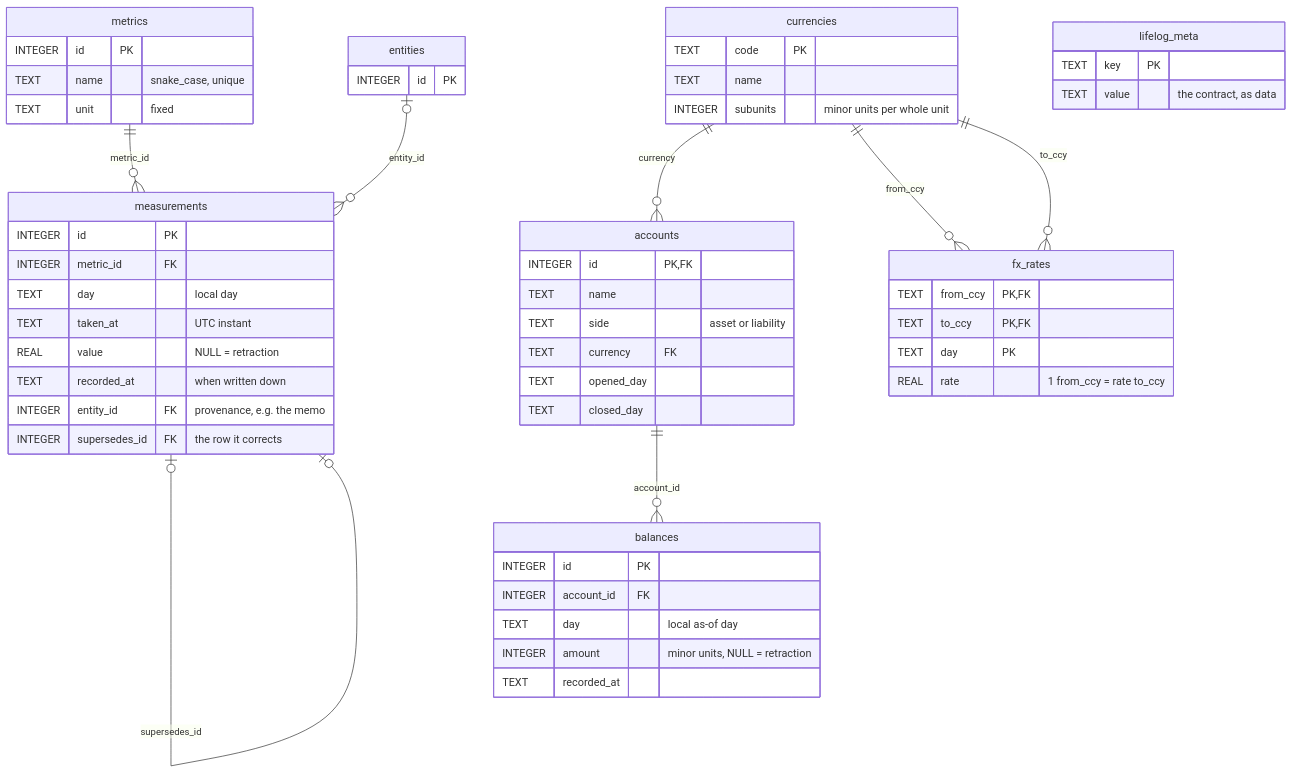
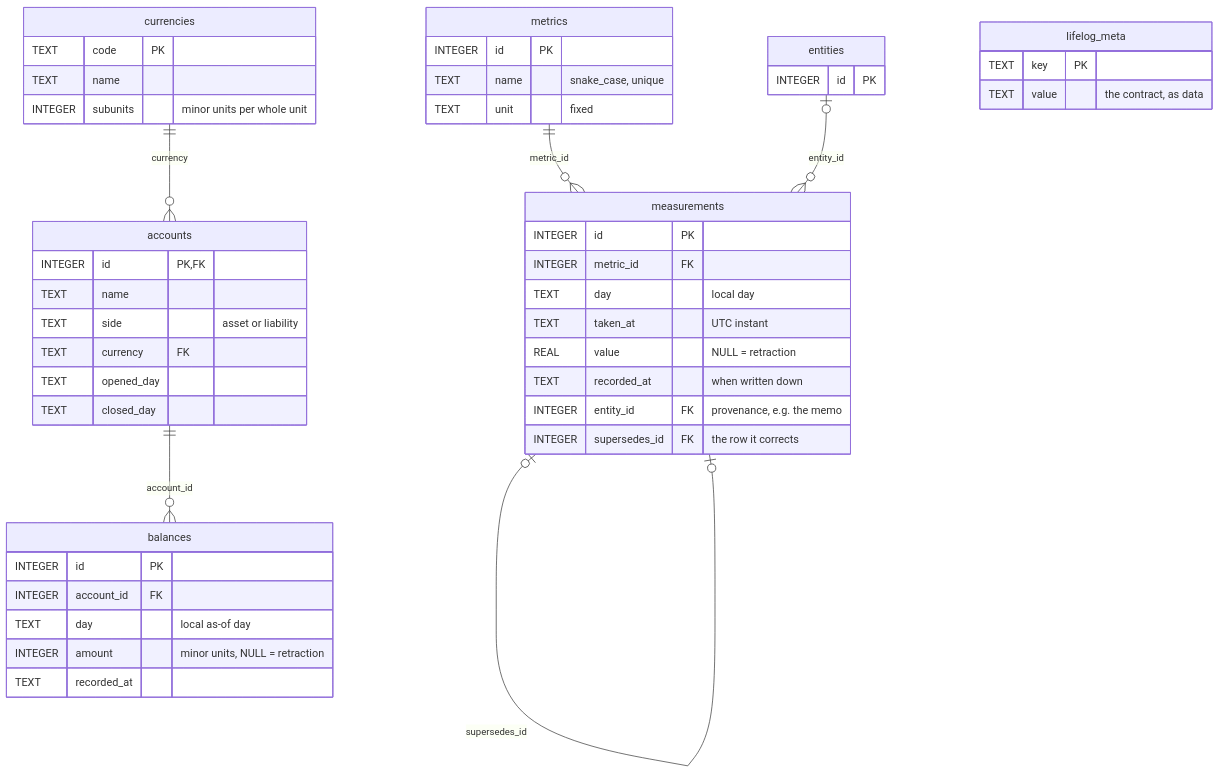
The fifth of 9 diagrams in SCHEMA.md (alexradunet/lifelogdb), drawn with Mermaid before and after one commit. The commit also changed other lines of this file and 13 other files, not shown here.

````diff
--- a/SCHEMA.md
+++ b/SCHEMA.md
@@ -1267,60 +1251,52 @@
 ```mermaid
 %% diagram: er-facts
 erDiagram
     metrics     ||--o{ measurements : "metric_id"
     entities    |o--o{ measurements : "entity_id"
     measurements |o--o| measurements : "supersedes_id"
     accounts    ||--o{ balances     : "account_id"
     currencies  ||--o{ accounts     : "currency"
-    currencies  ||--o{ fx_rates     : "from_ccy"
-    currencies  ||--o{ fx_rates     : "to_ccy"
 
     metrics {
         INTEGER id PK
         TEXT name "snake_case, unique"
         TEXT unit "fixed"
     }
     measurements {
         INTEGER id PK
         INTEGER metric_id FK
         TEXT day "local day"
         TEXT taken_at "UTC instant"
         REAL value "NULL = retraction"
         TEXT recorded_at "when written down"
         INTEGER entity_id FK "provenance, e.g. the memo"
         INTEGER supersedes_id FK "the row it corrects"
     }
     entities {
         INTEGER id PK
     }
     accounts {
         INTEGER id PK, FK
         TEXT name
         TEXT side "asset or liability"
         TEXT currency FK
         TEXT opened_day
         TEXT closed_day
     }
     balances {
         INTEGER id PK
         INTEGER account_id FK
         TEXT day "local as-of day"
         INTEGER amount "minor units, NULL = retraction"
         TEXT recorded_at
     }
     currencies {
         TEXT code PK
         TEXT name
         INTEGER subunits "minor units per whole unit"
     }
-    fx_rates {
-        TEXT from_ccy PK, FK
-        TEXT to_ccy PK, FK
-        TEXT day PK
-        REAL rate "1 from_ccy = rate to_ccy"
-    }
     lifelog_meta {
         TEXT key PK
         TEXT value "the contract, as data"
     }
 ```
````
